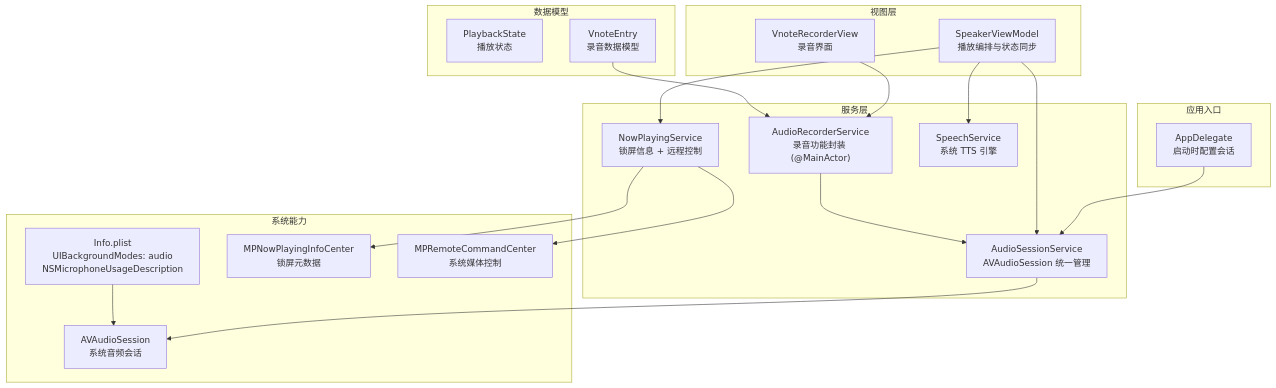
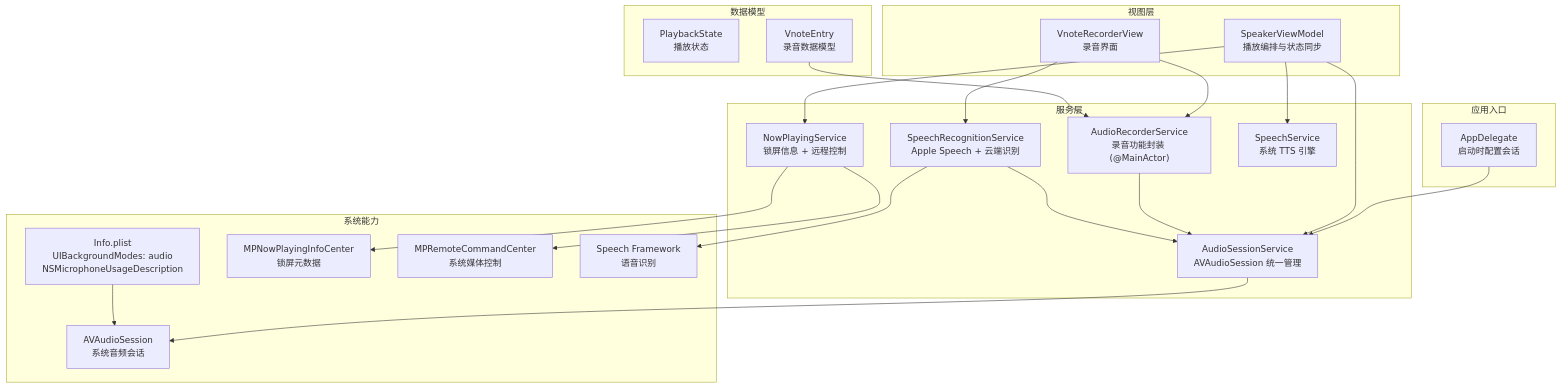
Before and after one commit to Primoguo/Knowledge: the first of 13 diagrams in .qoder/repowiki/zh/content/系统集成/音频会话管理.md, drawn with Mermaid. The commit also changed other lines of this file and 23 other files, not shown here.

````diff
--- a/.qoder/repowiki/zh/content/系统集成/音频会话管理.md
+++ b/.qoder/repowiki/zh/content/系统集成/音频会话管理.md
@@ -54,37 +54,42 @@
 ```mermaid
 graph TB
 subgraph "应用入口"
 AppDelegate["AppDelegate<br/>启动时配置会话"]
 end
 subgraph "服务层"
 AudioSession["AudioSessionService<br/>AVAudioSession 统一管理"]
 AudioRecorder["AudioRecorderService<br/>录音功能封装 (@MainActor)"]
+SpeechRecognition["SpeechRecognitionService<br/>Apple Speech + 云端识别"]
 NowPlaying["NowPlayingService<br/>锁屏信息 + 远程控制"]
 Speech["SpeechService<br/>系统 TTS 引擎"]
 end
 subgraph "视图层"
 SpeakerVM["SpeakerViewModel<br/>播放编排与状态同步"]
 VnoteRecorder["VnoteRecorderView<br/>录音界面"]
 end
 subgraph "数据模型"
 PlaybackState["PlaybackState<br/>播放状态"]
 VnoteEntry["VnoteEntry<br/>录音数据模型"]
 end
 subgraph "系统能力"
 InfoPlist["Info.plist<br/>UIBackgroundModes: audio<br/>NSMicrophoneUsageDescription"]
 AVAudioSession["AVAudioSession<br/>系统音频会话"]
 MPNowPlaying["MPNowPlayingInfoCenter<br/>锁屏元数据"]
 MPCommands["MPRemoteCommandCenter<br/>系统媒体控制"]
+SpeechFramework["Speech Framework<br/>语音识别"]
 end
 AppDelegate --> AudioSession
 SpeakerVM --> AudioSession
 SpeakerVM --> NowPlaying
 SpeakerVM --> Speech
 VnoteRecorder --> AudioRecorder
+VnoteRecorder --> SpeechRecognition
 AudioRecorder --> AudioSession
+SpeechRecognition --> AudioSession
 AudioSession --> AVAudioSession
 NowPlaying --> MPNowPlaying
 NowPlaying --> MPCommands
 InfoPlist --> AVAudioSession
 VnoteEntry --> AudioRecorder
+SpeechRecognition --> SpeechFramework
 ```
````
